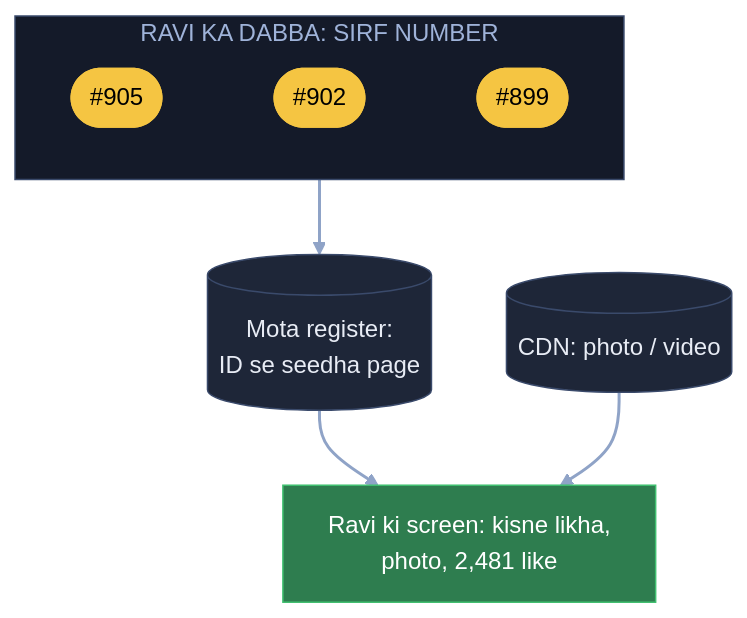
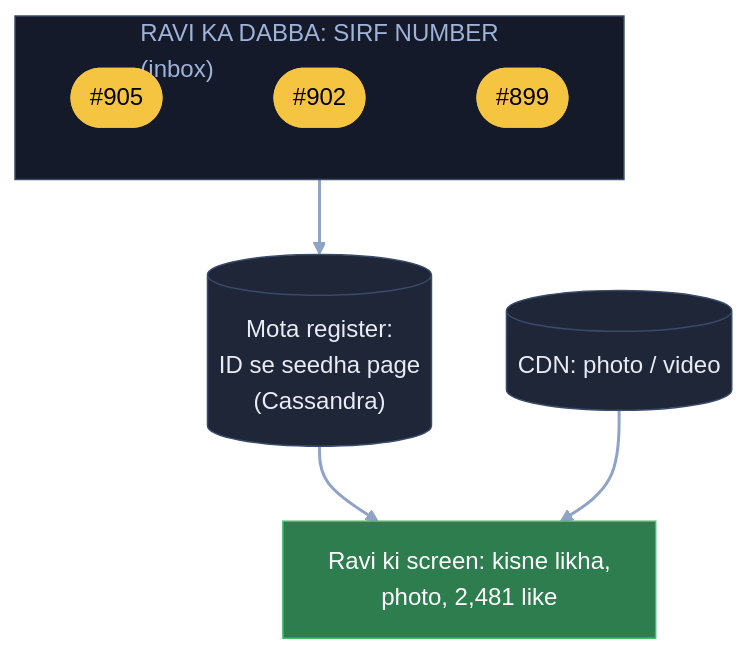
Before and after one commit to ArpanMaheshwari144/Prep: diagram 16 of 21 in 04_HLD/SYSTEM_DESIGNS/03_twitter_feed/03_twitter_feed.md, drawn with Mermaid. The commit also changed other lines of this file and 22 other files, not shown here.

Commit message:
Diagram: sirf kahani ke dohraaye shabd pe bracket, us jagah notes wala matlab (207 label)

````diff
--- a/04_HLD/SYSTEM_DESIGNS/03_twitter_feed/03_twitter_feed.md
+++ b/04_HLD/SYSTEM_DESIGNS/03_twitter_feed/03_twitter_feed.md
@@ -595,23 +595,23 @@
 ```mermaid
 flowchart TB
-    subgraph DB["RAVI KA DABBA: SIRF NUMBER"]
+    subgraph DB["RAVI KA DABBA: SIRF NUMBER<br/>(inbox)"]
         direction LR
         a(["#905"]):::pill
         b(["#902"]):::pill
         c(["#899"]):::pill
         a ~~~ b ~~~ c
     end
-    R[("Mota register:<br/>ID se seedha page")]:::card
+    R[("Mota register:<br/>ID se seedha page<br/>(Cassandra)")]:::card
     C[("CDN: photo / video")]:::card
     S["Ravi ki screen: kisne likha,<br/>photo, 2,481 like"]:::good
     DB --> R
     R --> S
     C --> S
     linkStyle 0,1 stroke-width:0px
     linkStyle default stroke:#8fa3c7,stroke-width:2px
     classDef card fill:#1e2638,stroke:#3a4a6b,color:#e8ecf5
     classDef pill fill:#f5c542,stroke:#f5c542,color:#000
     classDef good fill:#2e7d4f,stroke:#3fbf6f,color:#fff
     classDef bad fill:#5c1f24,stroke:#e05561,color:#fff
     style DB fill:#141a29,stroke:#3a4a6b,color:#9fb3d9
 ```
````
